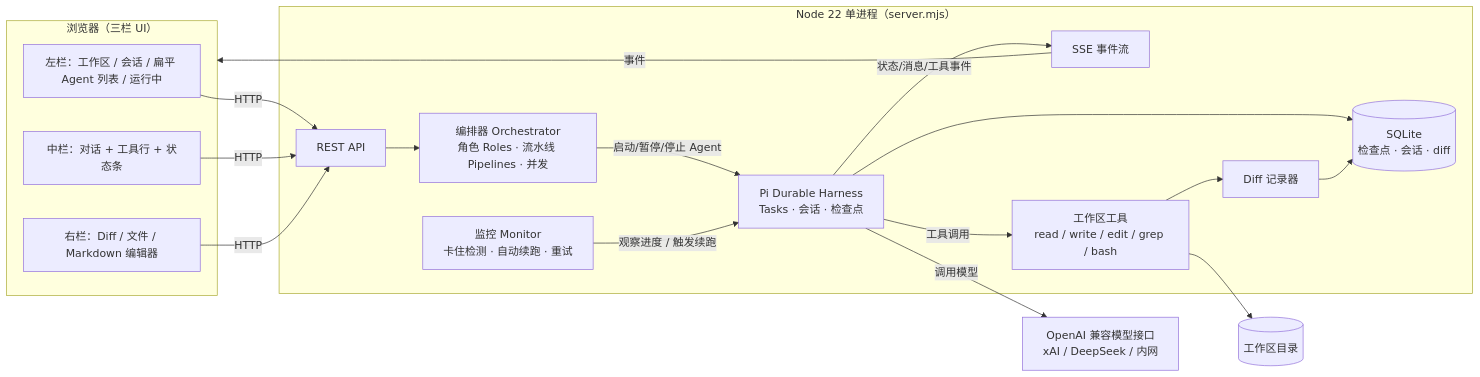
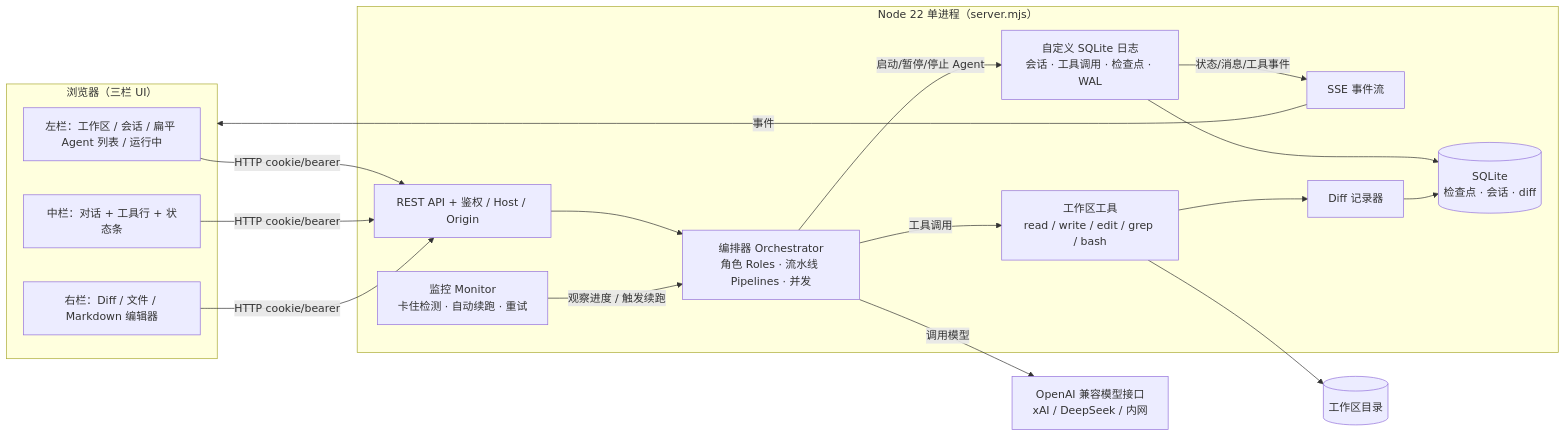
The diagram in docs/ARCHITECTURE.md (lawrencewzen/pi-work), drawn with Mermaid before and after one commit. The commit also changed other lines of this file and 13 other files, not shown here.

````diff
--- a/docs/ARCHITECTURE.md
+++ b/docs/ARCHITECTURE.md
@@ -5,34 +5,34 @@
 ```mermaid
 flowchart LR
   subgraph Browser["浏览器（三栏 UI）"]
     L[左栏：工作区 / 会话 / 扁平 Agent 列表 / 运行中]
     C[中栏：对话 + 工具行 + 状态条]
     R[右栏：Diff / 文件 / Markdown 编辑器]
   end
 
   subgraph Node["Node 22 单进程（server.mjs）"]
-    API[REST API]
+    API[REST API + 鉴权 / Host / Origin]
     SSE[SSE 事件流]
     ORC[编排器 Orchestrator<br/>角色 Roles · 流水线 Pipelines · 并发]
     MON[监控 Monitor<br/>卡住检测 · 自动续跑 · 重试]
-    H[Pi Durable Harness<br/>Tasks · 会话 · 检查点]
+    J[自定义 SQLite 日志<br/>会话 · 工具调用 · 检查点 · WAL]
     T[工作区工具<br/>read / write / edit / grep / bash]
     D[Diff 记录器]
     DB[(SQLite<br/>检查点 · 会话 · diff)]
   end
 
   WS[(工作区目录)]
   LLM[OpenAI 兼容模型接口<br/>xAI / DeepSeek / 内网]
 
-  L & C & R -->|HTTP| API
+  L & C & R -->|HTTP cookie/bearer| API
   SSE -->|事件| Browser
   API --> ORC
-  ORC -->|启动/暂停/停止 Agent| H
-  MON -->|观察进度 / 触发续跑| H
-  H --> DB
-  H -->|调用模型| LLM
-  H -->|工具调用| T
+  ORC -->|启动/暂停/停止 Agent| J
+  MON -->|观察进度 / 触发续跑| ORC
+  J --> DB
+  ORC -->|调用模型| LLM
+  ORC -->|工具调用| T
   T --> WS
   T --> D --> DB
-  H -->|状态/消息/工具事件| SSE
+  J -->|状态/消息/工具事件| SSE
 ```
````
